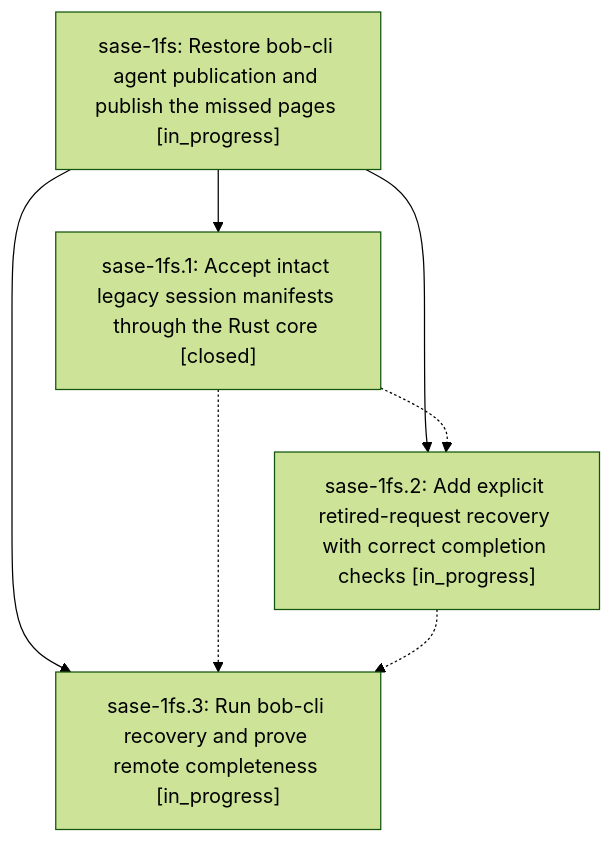
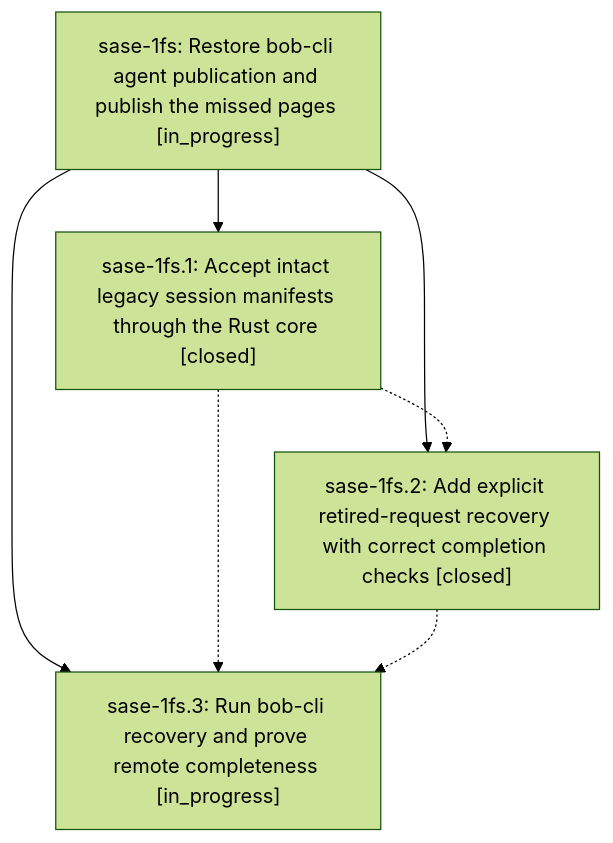
Before and after one commit to sase-org/sase--beads: the diagram in pages/sase-1fs/README.md, drawn with Mermaid (forest theme). The commit also changed other lines of this file and 3 other files, not shown here.

````diff
--- a/pages/sase-1fs/README.md
+++ b/pages/sase-1fs/README.md
@@ -38,13 +38,13 @@
 ```mermaid
 flowchart TD
     n0["sase-1fs: Restore bob-cli agent publication and publish the missed pages [in_progress]"]
     n1["sase-1fs.1: Accept intact legacy session manifests through the Rust core [closed]"]
-    n2["sase-1fs.2: Add explicit retired-request recovery with correct completion checks [in_progress]"]
+    n2["sase-1fs.2: Add explicit retired-request recovery with correct completion checks [closed]"]
     n3["sase-1fs.3: Run bob-cli recovery and prove remote completeness [in_progress]"]
     n0 --> n1
     n0 --> n2
     n0 --> n3
     n1 -.-> n2
     n1 -.-> n3
     n2 -.-> n3
 ```
````
